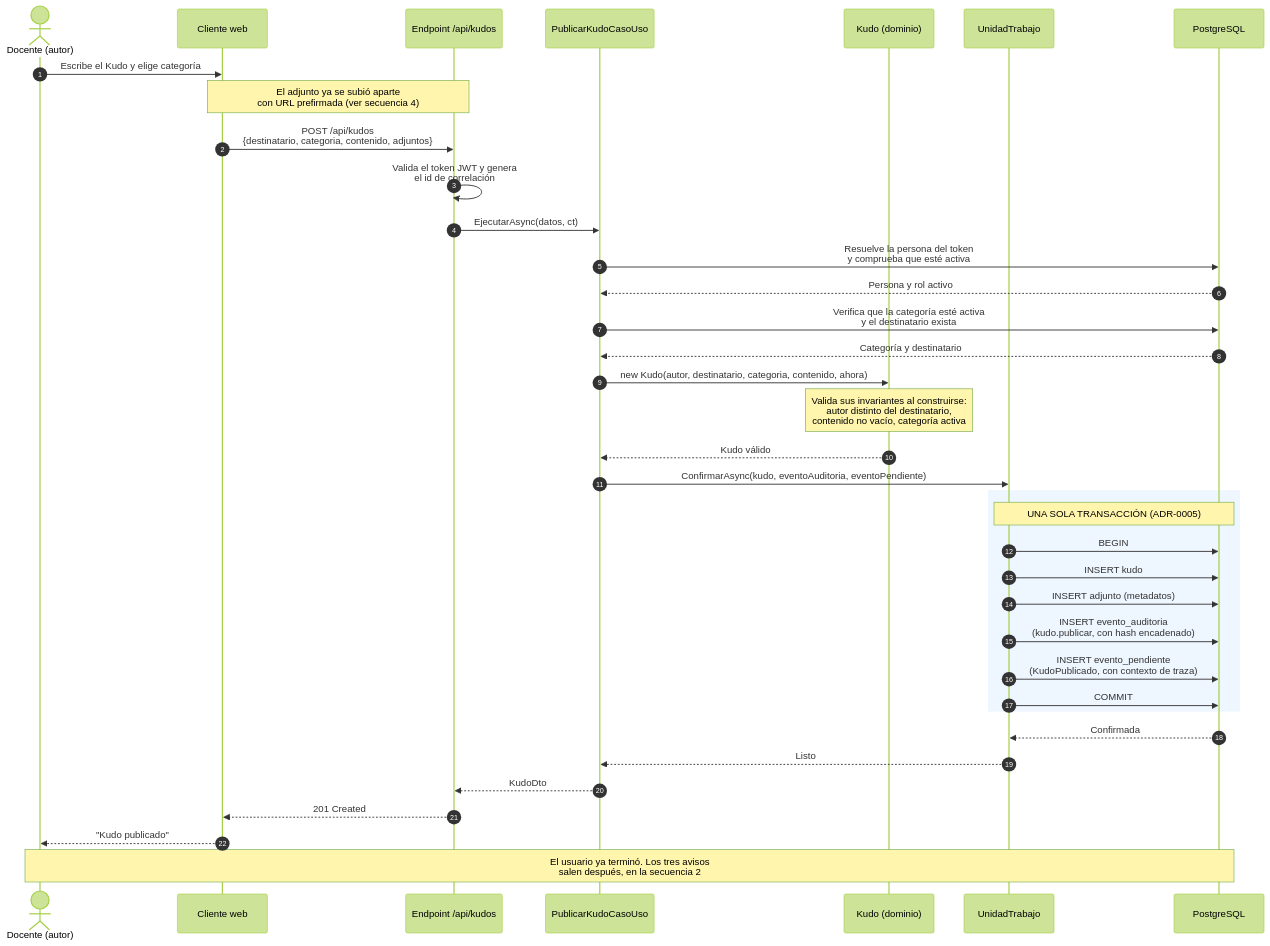
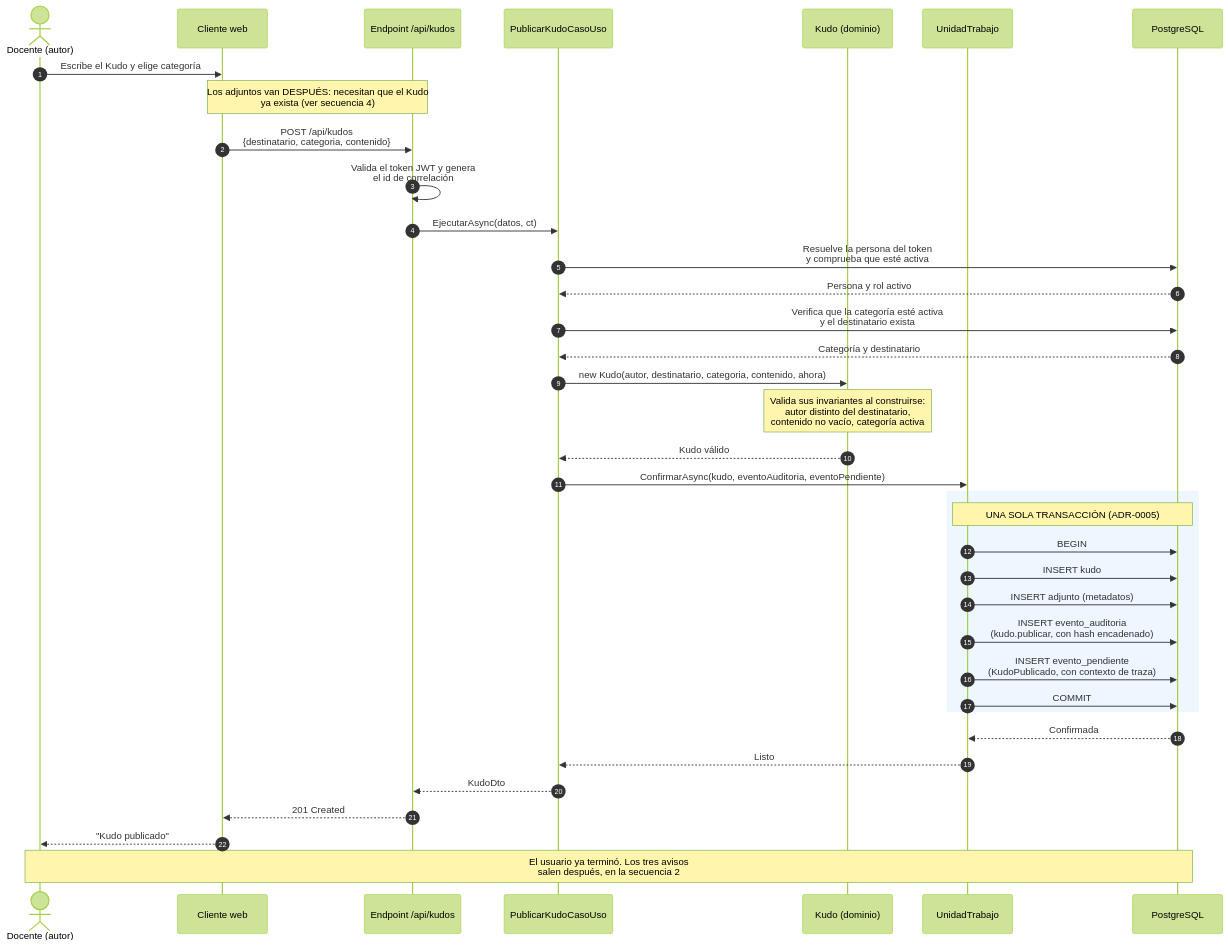
Before and after one commit to jhonnyebc/UcoKudos: the first of 7 diagrams in docs/diagramas/04-diagramas-de-secuencia.md, drawn with Mermaid (forest theme). The commit also changed other lines of this file and 13 other files, not shown here.

First line of the commit message:
Documentacion: revision del DAS y de los documentos que repetian sus afirmaciones contra lo desplegado

````diff
--- a/docs/diagramas/04-diagramas-de-secuencia.md
+++ b/docs/diagramas/04-diagramas-de-secuencia.md
@@ -9,46 +9,46 @@
 ```mermaid
 sequenceDiagram
     autonumber
     actor Autor as Docente (autor)
     participant PWA as Cliente web
     participant API as Endpoint /api/kudos
     participant CU as PublicarKudoCasoUso
     participant Dom as Kudo (dominio)
     participant UT as UnidadTrabajo
     participant BD as PostgreSQL
 
     Autor->>PWA: Escribe el Kudo y elige categoría
-    Note over PWA,API: El adjunto ya se subió aparte<br/>con URL prefirmada (ver secuencia 4)
-    PWA->>API: POST /api/kudos<br/>{destinatario, categoria, contenido, adjuntos}
+    Note over PWA,API: Los adjuntos van DESPUÉS: necesitan que el Kudo<br/>ya exista (ver secuencia 4)
+    PWA->>API: POST /api/kudos<br/>{destinatario, categoria, contenido}
     API->>API: Valida el token JWT y genera<br/>el id de correlación
     API->>CU: EjecutarAsync(datos, ct)
 
     CU->>BD: Resuelve la persona del token<br/>y comprueba que esté activa
     BD-->>CU: Persona y rol activo
     CU->>BD: Verifica que la categoría esté activa<br/>y el destinatario exista
     BD-->>CU: Categoría y destinatario
 
     CU->>Dom: new Kudo(autor, destinatario, categoria, contenido, ahora)
     Note over Dom: Valida sus invariantes al construirse:<br/>autor distinto del destinatario,<br/>contenido no vacío, categoría activa
     Dom-->>CU: Kudo válido
 
     CU->>UT: ConfirmarAsync(kudo, eventoAuditoria, eventoPendiente)
 
     rect rgb(238, 246, 255)
         Note over UT,BD: UNA SOLA TRANSACCIÓN (ADR-0005)
         UT->>BD: BEGIN
         UT->>BD: INSERT kudo
         UT->>BD: INSERT adjunto (metadatos)
         UT->>BD: INSERT evento_auditoria<br/>(kudo.publicar, con hash encadenado)
         UT->>BD: INSERT evento_pendiente<br/>(KudoPublicado, con contexto de traza)
         UT->>BD: COMMIT
     end
 
     BD-->>UT: Confirmada
     UT-->>CU: Listo
     CU-->>API: KudoDto
     API-->>PWA: 201 Created
     PWA-->>Autor: "Kudo publicado"
 
     Note over Autor,BD: El usuario ya terminó. Los tres avisos<br/>salen después, en la secuencia 2
 ```
````
